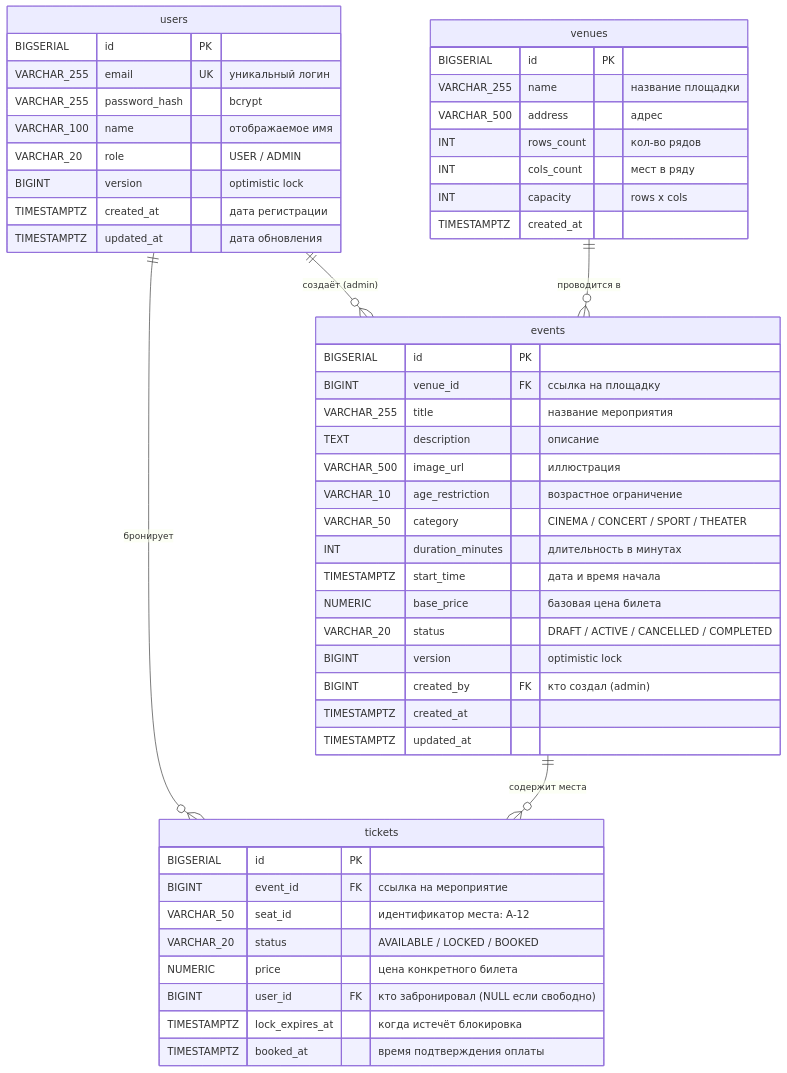
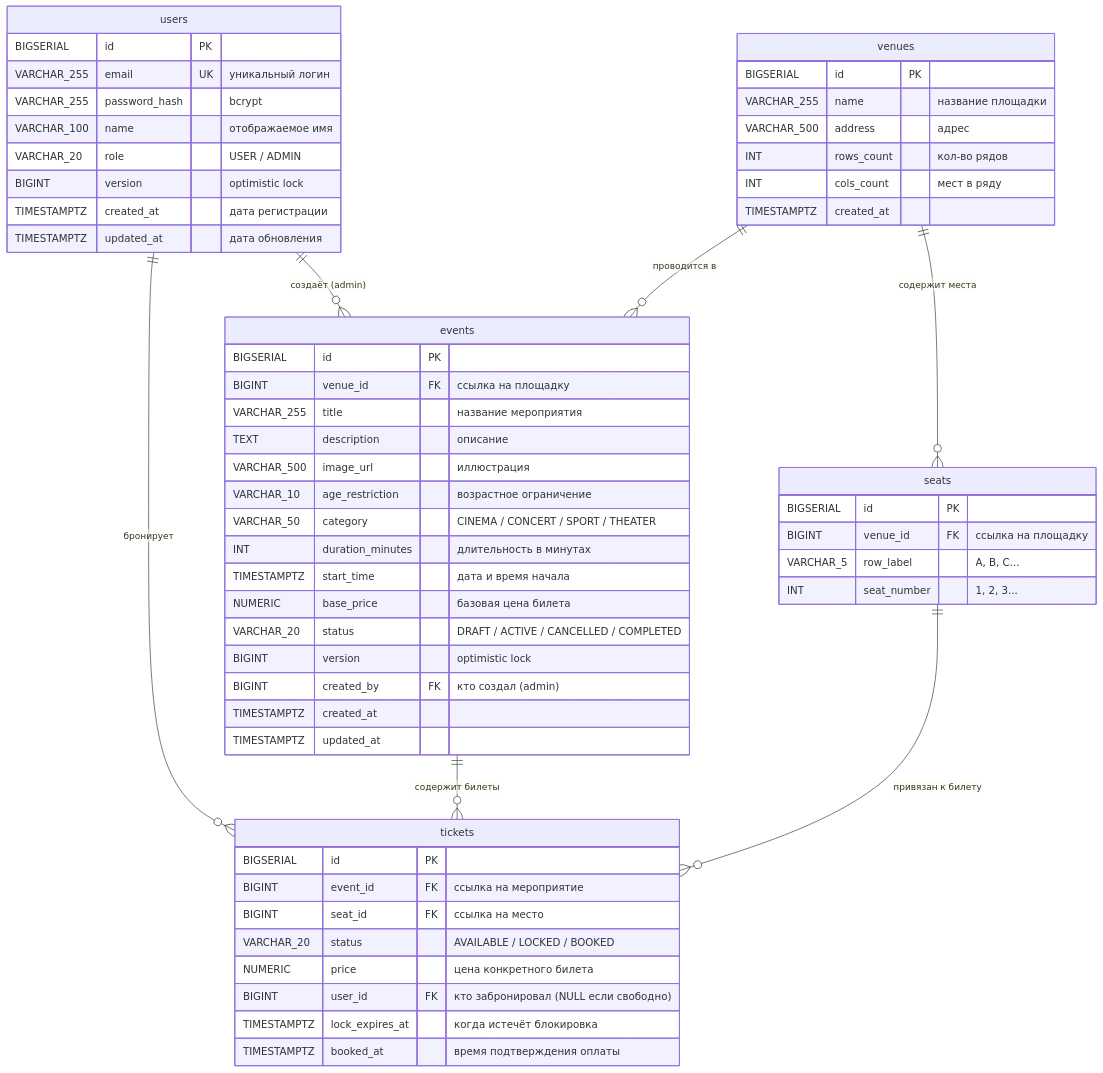
One commit to TicketRace/T-RESERVE-ENGINE changed the first of 2 diagrams in DB.md. Above: the diagram before and after it, drawn with Mermaid. The commit also changed other lines of this file and 2 other files, not shown here.

Commit message:
docs: upd db schema, reqs, and uc

````diff
--- a/DB.md
+++ b/DB.md
@@ -10,57 +10,65 @@
 ```mermaid
 erDiagram
     users ||--o{ tickets : "бронирует"
     users ||--o{ events : "создаёт (admin)"
     venues ||--o{ events : "проводится в"
-    events ||--o{ tickets : "содержит места"
+    venues ||--o{ seats : "содержит места"
+    events ||--o{ tickets : "содержит билеты"
+    seats ||--o{ tickets : "привязан к билету"
 
     users {
         BIGSERIAL id PK
         VARCHAR_255 email UK "уникальный логин"
         VARCHAR_255 password_hash "bcrypt"
         VARCHAR_100 name "отображаемое имя"
         VARCHAR_20 role "USER / ADMIN"
         BIGINT version "optimistic lock"
         TIMESTAMPTZ created_at "дата регистрации"
         TIMESTAMPTZ updated_at "дата обновления"
     }
 
     venues {
         BIGSERIAL id PK
         VARCHAR_255 name "название площадки"
         VARCHAR_500 address "адрес"
         INT rows_count "кол-во рядов"
         INT cols_count "мест в ряду"
-        INT capacity "rows x cols"
         TIMESTAMPTZ created_at
+    }
+
+    seats {
+        BIGSERIAL id PK
+        BIGINT venue_id FK "ссылка на площадку"
+        VARCHAR_5 row_label "A, B, C..."
+        INT seat_number "1, 2, 3..."
     }
 
     events {
         BIGSERIAL id PK
         BIGINT venue_id FK "ссылка на площадку"
         VARCHAR_255 title "название мероприятия"
         TEXT description "описание"
         VARCHAR_500 image_url "иллюстрация"
         VARCHAR_10 age_restriction "возрастное ограничение"
         VARCHAR_50 category "CINEMA / CONCERT / SPORT / THEATER"
         INT duration_minutes "длительность в минутах"
         TIMESTAMPTZ start_time "дата и время начала"
         NUMERIC base_price "базовая цена билета"
         VARCHAR_20 status "DRAFT / ACTIVE / CANCELLED / COMPLETED"
         BIGINT version "optimistic lock"
         BIGINT created_by FK "кто создал (admin)"
         TIMESTAMPTZ created_at
         TIMESTAMPTZ updated_at
     }
 
     tickets {
         BIGSERIAL id PK
         BIGINT event_id FK "ссылка на мероприятие"
-        VARCHAR_50 seat_id "идентификатор места: A-12"
+        BIGINT seat_id FK "ссылка на место"
         VARCHAR_20 status "AVAILABLE / LOCKED / BOOKED"
         NUMERIC price "цена конкретного билета"
         BIGINT user_id FK "кто забронировал (NULL если свободно)"
         TIMESTAMPTZ lock_expires_at "когда истечёт блокировка"
         TIMESTAMPTZ booked_at "время подтверждения оплаты"
     }
 ```
````
